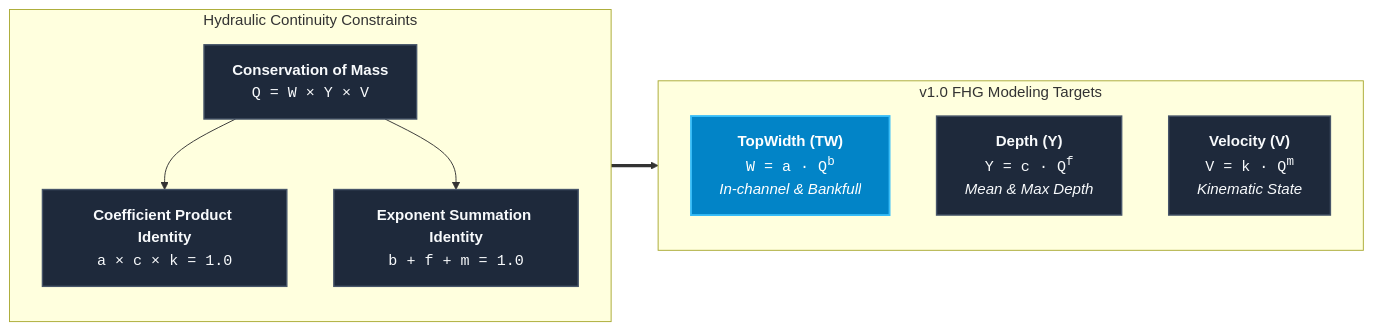
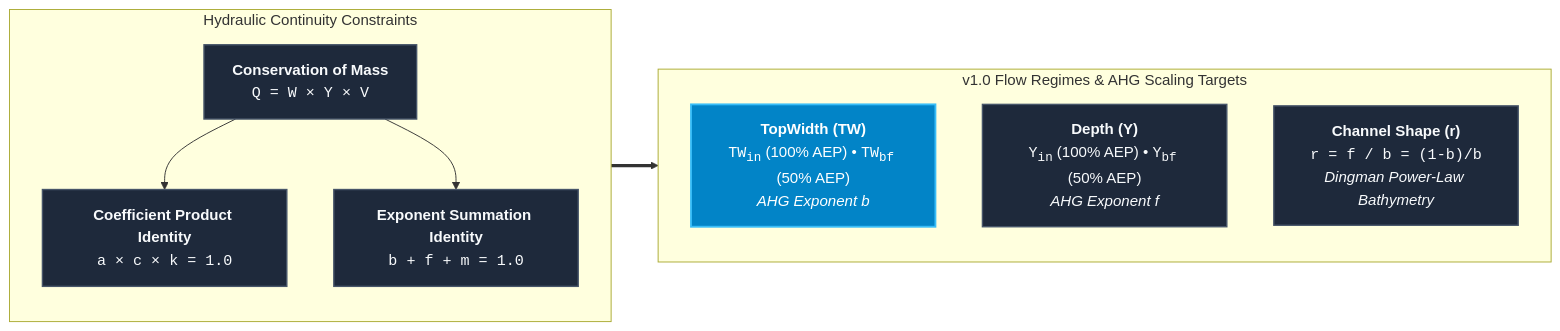
The first of 3 diagrams in docs/v1.0/tw/index.md (arashmodrad/ml_web), drawn with Mermaid before and after one commit. The commit also changed other lines of this file and 40 other files, not shown here.

````diff
--- a/docs/v1.0/tw/index.md
+++ b/docs/v1.0/tw/index.md
@@ -31,24 +31,24 @@
 ```mermaid
 flowchart LR
     subgraph CONTINUITY ["Hydraulic Continuity Constraints"]
         direction TB
         EQ["<b>Conservation of Mass</b><br/><code>Q = W &times; Y &times; V</code>"]
         COEF["<b>Coefficient Product Identity</b><br/><code>a &times; c &times; k = 1.0</code>"]
         EXP["<b>Exponent Summation Identity</b><br/><code>b + f + m = 1.0</code>"]
         EQ --> COEF
         EQ --> EXP
     end
 
-    subgraph TARGETS ["v1.0 FHG Modeling Targets"]
+    subgraph TARGETS ["v1.0 Flow Regimes & AHG Scaling Targets"]
         direction TB
-        TW["<b>TopWidth (TW)</b><br/><code>W = a &middot; Q<sup>b</sup></code><br/><i>In-channel & Bankfull</i>"]
-        DEPTH["<b>Depth (Y)</b><br/><code>Y = c &middot; Q<sup>f</sup></code><br/><i>Mean & Max Depth</i>"]
-        VEL["<b>Velocity (V)</b><br/><code>V = k &middot; Q<sup>m</sup></code><br/><i>Kinematic State</i>"]
+        TW["<b>TopWidth (TW)</b><br/><code>TW<sub>in</sub></code> (100% AEP) &bull; <code>TW<sub>bf</sub></code> (50% AEP)<br/><i>AHG Exponent b</i>"]
+        DEPTH["<b>Depth (Y)</b><br/><code>Y<sub>in</sub></code> (100% AEP) &bull; <code>Y<sub>bf</sub></code> (50% AEP)<br/><i>AHG Exponent f</i>"]
+        VEL["<b>Channel Shape (r)</b><br/><code>r = f / b = (1-b)/b</code><br/><i>Dingman Power-Law Bathymetry</i>"]
     end
 
     CONTINUITY ==> TARGETS
 
     classDef default fill:#1e293b,stroke:#475569,stroke-width:1.5px,color:#f8fafc;
     classDef highlight fill:#0284c7,stroke:#38bdf8,stroke-width:2px,color:#ffffff;
     class TW highlight;
 ```
````
